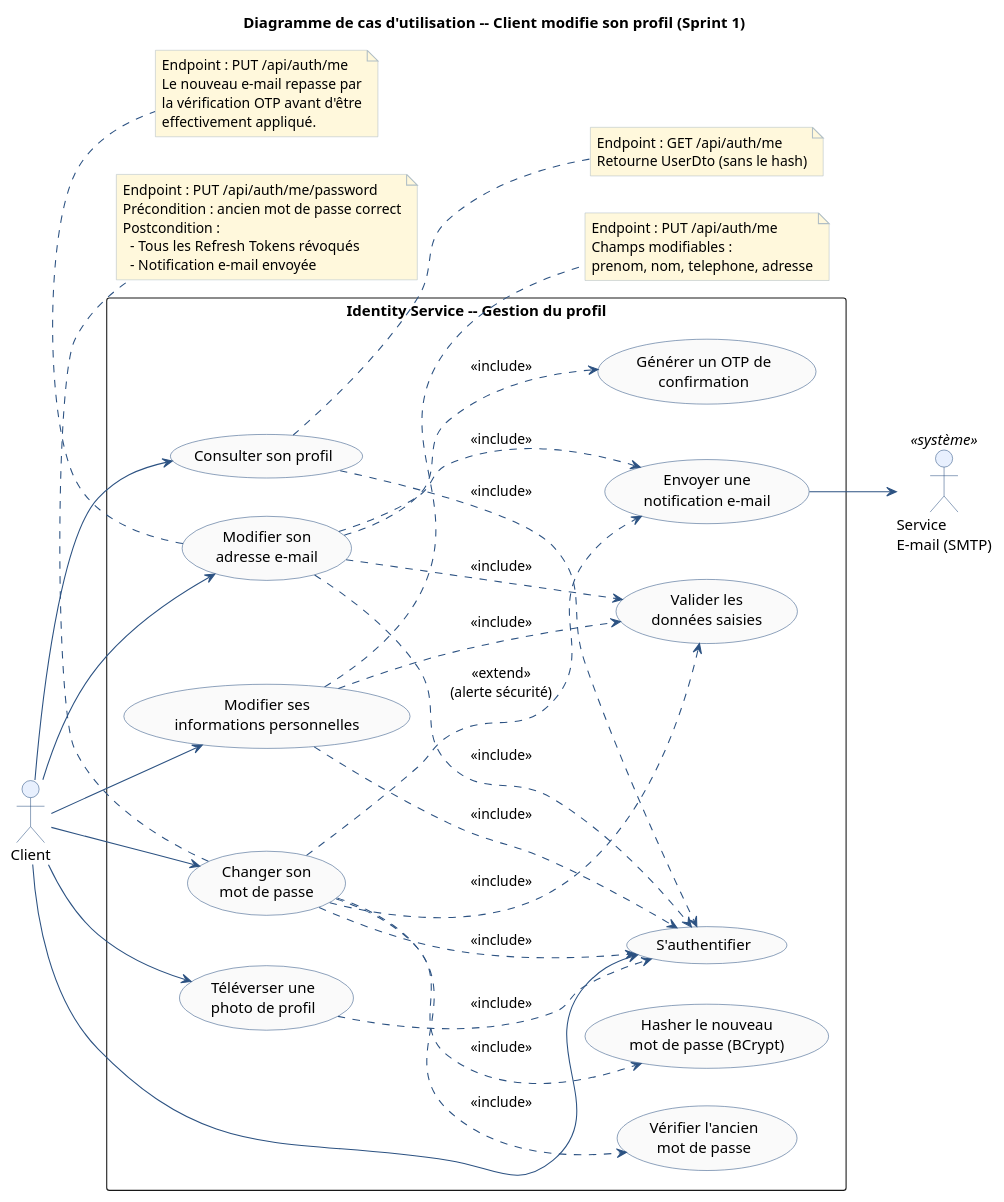
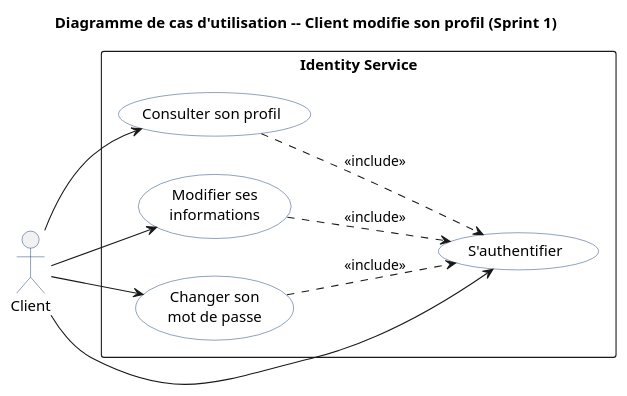
The diagram in rapport/overleaf/uc-client-modifier-profil.puml (LouayJDAY/SolarEase), drawn with PlantUML before and after one commit. The commit also changed 205 other files, not shown here.

```diff
--- a/rapport/overleaf/uc-client-modifier-profil.puml
+++ b/rapport/overleaf/uc-client-modifier-profil.puml
@@ -1,115 +1,32 @@
 @startuml uc-client-modifier-profil
 title Diagramme de cas d'utilisation -- Client modifie son profil (Sprint 1)
 
 left to right direction
-
 skinparam shadowing false
-skinparam packageStyle rectangle
 skinparam usecase {
-    BackgroundColor    #FAFAFA
-    BorderColor        #2C5282
-    ArrowColor         #2C5282
-    FontName           "Helvetica"
+    BackgroundColor #FFFFFF
+    BorderColor     #2C5282
 }
 skinparam actor {
-    BackgroundColor    #E8F0FE
-    BorderColor        #2C5282
-}
-skinparam note {
-    BackgroundColor    #FFF8DC
-    BorderColor        #B0BEC5
+    BorderColor #2C5282
 }
 
-' ────────────────────────────────────────────
-'  ACTEURS
-' ────────────────────────────────────────────
-actor "Client"                 as Client
-actor "Service\nE-mail (SMTP)" as Mailer <<système>>
+actor Client
 
-' ────────────────────────────────────────────
-'  PÉRIMÈTRE DU SYSTÈME
-' ────────────────────────────────────────────
-rectangle "Identity Service -- Gestion du profil" {
-
-    usecase "S'authentifier"                       as UC_Auth
-    usecase "Consulter son profil"                 as UC_View
-    usecase "Modifier ses\ninformations personnelles" as UC_UpdateInfo
-    usecase "Modifier son\nadresse e-mail"         as UC_UpdateEmail
-    usecase "Changer son\nmot de passe"            as UC_ChangePwd
-    usecase "Téléverser une\nphoto de profil"      as UC_UploadAvatar
-
-    usecase "Valider les\ndonnées saisies"         as UC_Validate
-    usecase "Vérifier l'ancien\nmot de passe"      as UC_CheckOldPwd
-    usecase "Hasher le nouveau\nmot de passe (BCrypt)" as UC_HashPwd
-    usecase "Générer un OTP de\nconfirmation"      as UC_GenOtp
-    usecase "Envoyer une\nnotification e-mail"     as UC_SendMail
+rectangle "Identity Service" {
+    usecase "S'authentifier"              as UC_Auth
+    usecase "Consulter son profil"        as UC_View
+    usecase "Modifier ses\ninformations"  as UC_Update
+    usecase "Changer son\nmot de passe"   as UC_ChangePwd
 }
 
-' ────────────────────────────────────────────
-'  ASSOCIATIONS ACTEUR -> CAS D'UTILISATION
-' ────────────────────────────────────────────
 Client --> UC_Auth
 Client --> UC_View
-Client --> UC_UpdateInfo
-Client --> UC_UpdateEmail
+Client --> UC_Update
 Client --> UC_ChangePwd
-Client --> UC_UploadAvatar
 
-UC_SendMail --> Mailer
-
-' ────────────────────────────────────────────
-'  RELATIONS INCLUDE / EXTEND
-' ────────────────────────────────────────────
-' Toute opération nécessite d'être connecté
-UC_View         ..> UC_Auth        : <<include>>
-UC_UpdateInfo   ..> UC_Auth        : <<include>>
-UC_UpdateEmail  ..> UC_Auth        : <<include>>
-UC_ChangePwd    ..> UC_Auth        : <<include>>
-UC_UploadAvatar ..> UC_Auth        : <<include>>
-
-' Validation systématique des entrées
-UC_UpdateInfo   ..> UC_Validate    : <<include>>
-UC_UpdateEmail  ..> UC_Validate    : <<include>>
-UC_ChangePwd    ..> UC_Validate    : <<include>>
-
-' Changement de mot de passe : double contrôle
-UC_ChangePwd    ..> UC_CheckOldPwd : <<include>>
-UC_ChangePwd    ..> UC_HashPwd     : <<include>>
-
-' Changement d'e-mail : re-vérification par OTP obligatoire
-UC_UpdateEmail  ..> UC_GenOtp      : <<include>>
-UC_UpdateEmail  ..> UC_SendMail    : <<include>>
-
-' Notifications optionnelles (sécurité)
-UC_ChangePwd    ..> UC_SendMail    : <<extend>>\n(alerte sécurité)
-
-' ────────────────────────────────────────────
-'  NOTES EXPLICATIVES
-' ────────────────────────────────────────────
-note right of UC_View
-  Endpoint : GET /api/auth/me
-  Retourne UserDto (sans le hash)
-end note
-
-note right of UC_UpdateInfo
-  Endpoint : PUT /api/auth/me
-  Champs modifiables :
-  prenom, nom, telephone, adresse
-end note
-
-note bottom of UC_UpdateEmail
-  Endpoint : PUT /api/auth/me
-  Le nouveau e-mail repasse par
-  la vérification OTP avant d'être
-  effectivement appliqué.
-end note
-
-note bottom of UC_ChangePwd
-  Endpoint : PUT /api/auth/me/password
-  Précondition : ancien mot de passe correct
-  Postcondition :
-    - Tous les Refresh Tokens révoqués
-    - Notification e-mail envoyée
-end note
+UC_View       ..> UC_Auth : <<include>>
+UC_Update     ..> UC_Auth : <<include>>
+UC_ChangePwd  ..> UC_Auth : <<include>>
 
 @enduml
```
